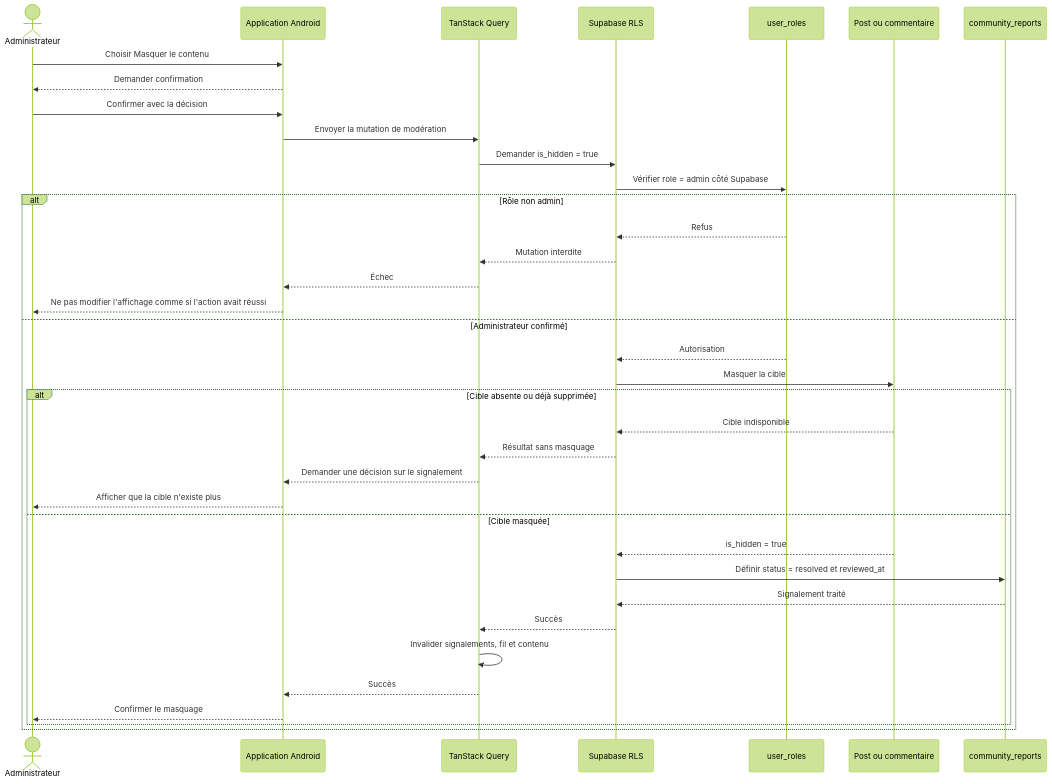
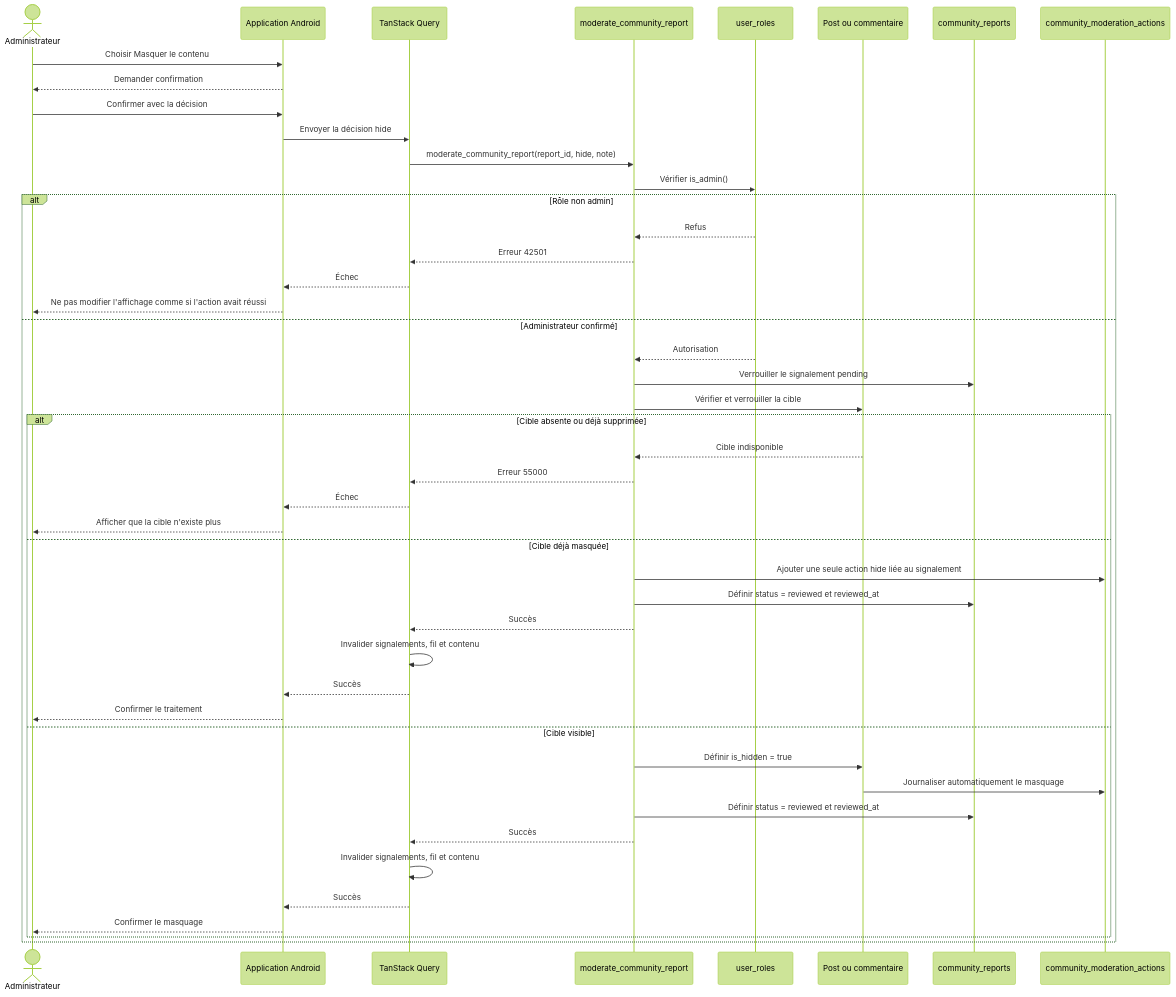
Before and after one commit to Loik940/DREPA: the third of 7 diagrams in docs/sequence-moderation.md, drawn with Mermaid (forest theme). The commit also changed other lines of this file and 22 other files, not shown here.

First line of the commit message:
feat: add secure community moderation

````diff
--- a/docs/sequence-moderation.md
+++ b/docs/sequence-moderation.md
@@ -79,40 +89,49 @@
 ```mermaid
 sequenceDiagram
     actor Admin as Administrateur
     participant A as Application Android
     participant Q as TanStack Query
-    participant RLS as Supabase RLS
+    participant RPC as moderate_community_report
     participant Roles as user_roles
     participant Content as Post ou commentaire
     participant Reports as community_reports
+    participant Audit as community_moderation_actions
 
     Admin->>A: Choisir Masquer le contenu
     A-->>Admin: Demander confirmation
     Admin->>A: Confirmer avec la décision
-    A->>Q: Envoyer la mutation de modération
-    Q->>RLS: Demander is_hidden = true
-    RLS->>Roles: Vérifier role = admin côté Supabase
+    A->>Q: Envoyer la décision hide
+    Q->>RPC: moderate_community_report(report_id, hide, note)
+    RPC->>Roles: Vérifier is_admin()
     alt Rôle non admin
-        Roles-->>RLS: Refus
-        RLS-->>Q: Mutation interdite
+        Roles-->>RPC: Refus
+        RPC-->>Q: Erreur 42501
         Q-->>A: Échec
         A-->>Admin: Ne pas modifier l'affichage comme si l'action avait réussi
     else Administrateur confirmé
-        Roles-->>RLS: Autorisation
-        RLS->>Content: Masquer la cible
+        Roles-->>RPC: Autorisation
+        RPC->>Reports: Verrouiller le signalement pending
+        RPC->>Content: Vérifier et verrouiller la cible
         alt Cible absente ou déjà supprimée
-            Content-->>RLS: Cible indisponible
-            RLS-->>Q: Résultat sans masquage
-            Q-->>A: Demander une décision sur le signalement
+            Content-->>RPC: Cible indisponible
+            RPC-->>Q: Erreur 55000
+            Q-->>A: Échec
             A-->>Admin: Afficher que la cible n'existe plus
-        else Cible masquée
-            Content-->>RLS: is_hidden = true
-            RLS->>Reports: Définir status = resolved et reviewed_at
-            Reports-->>RLS: Signalement traité
-            RLS-->>Q: Succès
+        else Cible déjà masquée
+            RPC->>Audit: Ajouter une seule action hide liée au signalement
+            RPC->>Reports: Définir status = reviewed et reviewed_at
+            RPC-->>Q: Succès
+            Q->>Q: Invalider signalements, fil et contenu
+            Q-->>A: Succès
+            A-->>Admin: Confirmer le traitement
+        else Cible visible
+            RPC->>Content: Définir is_hidden = true
+            Content->>Audit: Journaliser automatiquement le masquage
+            RPC->>Reports: Définir status = reviewed et reviewed_at
+            RPC-->>Q: Succès
             Q->>Q: Invalider signalements, fil et contenu
             Q-->>A: Succès
             A-->>Admin: Confirmer le masquage
         end
     end
 ```
````
